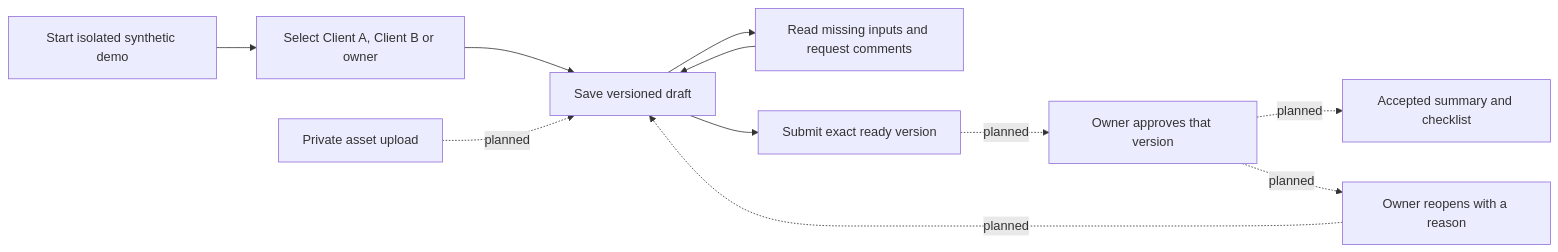
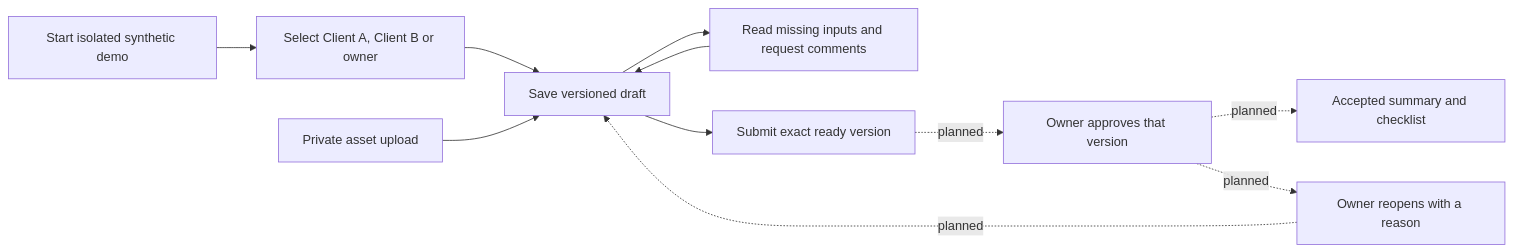
One commit to mosalah-77/onboarding-portal changed the second of 3 diagrams in docs/how-it-works.md. Above: the diagram before and after it, drawn with Mermaid. The commit also changed other lines of this file and 11 other files, not shown here.

First line of the commit message:
Store private files with scoped access and recoverable upload retries

````diff
--- a/docs/how-it-works.md
+++ b/docs/how-it-works.md
@@ -33,13 +33,13 @@
 ```mermaid
 flowchart LR
   A[Start isolated synthetic demo] --> B[Select Client A, Client B or owner]
   B --> C[Save versioned draft]
   C --> D[Read missing inputs and request comments]
   D --> C
   C --> E[Submit exact ready version]
   E -. planned .-> F[Owner approves that version]
   F -. planned .-> G[Accepted summary and checklist]
   F -. planned .-> H[Owner reopens with a reason]
   H -. planned .-> C
-  U[Private asset upload] -. planned .-> C
+  U[Private asset upload] --> C
 ```
````
